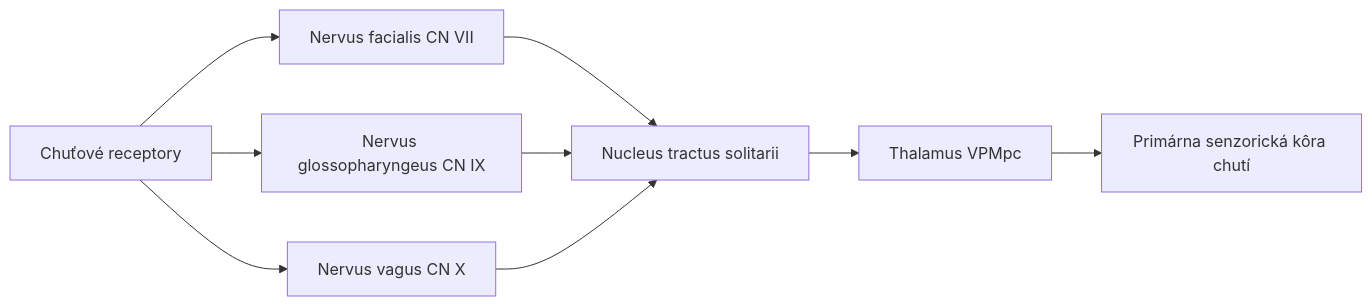
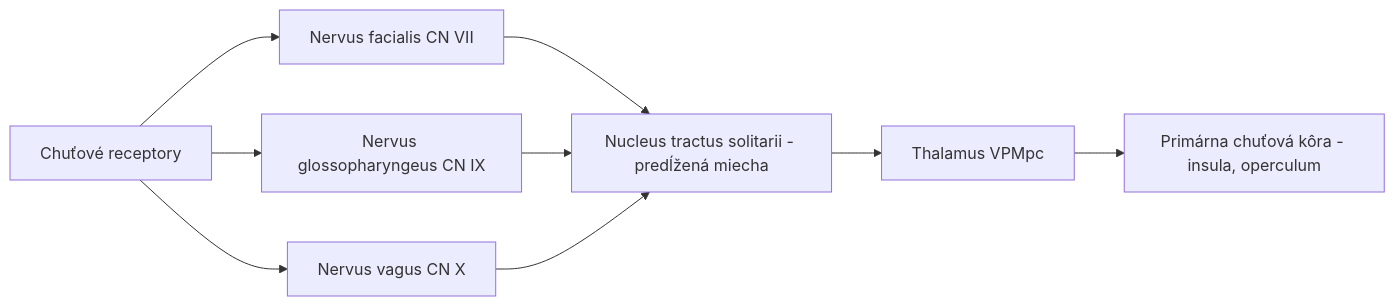
One commit to senzorika/SAP changed the first of 2 diagrams in prezentacie/literatura_chut.qmd. Above: the diagram before and after it, drawn with Mermaid. The commit also changed other lines of this file and 36 other files, not shown here.

````diff
--- a/prezentacie/literatura_chut.qmd
+++ b/prezentacie/literatura_chut.qmd
@@ -54,11 +58,11 @@
 ```mermaid
 graph LR
     A[Chuťové receptory] --> B[Nervus facialis CN VII]
     A --> C[Nervus glossopharyngeus CN IX]
     A --> D[Nervus vagus CN X]
-    B --> E[Nucleus tractus solitarii]
+    B --> E[Nucleus tractus solitarii - predĺžená miecha]
     C --> E
     D --> E
     E --> F[Thalamus VPMpc]
-    F --> G[Primárna senzorická kôra chutí]
+    F --> G[Primárna chuťová kôra - insula, operculum]
 ```
````
